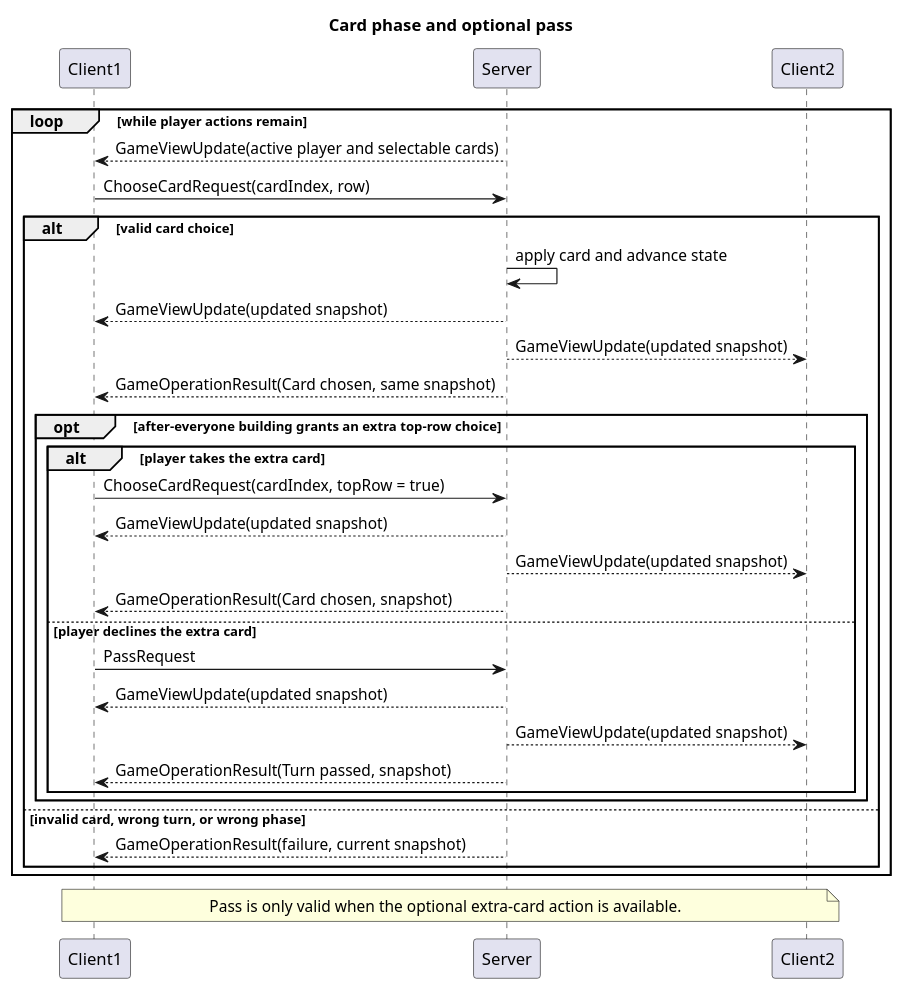
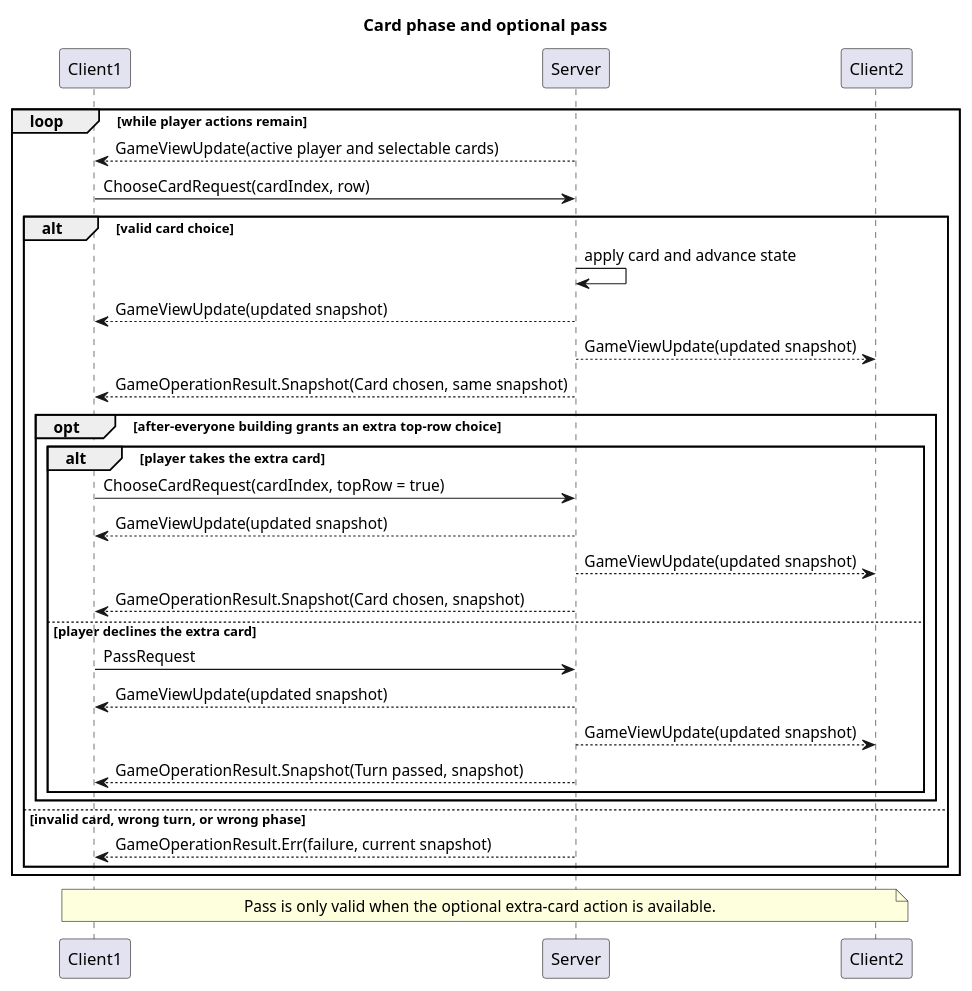
The diagram in UML_Diagram/SequenceDiagrams/06-card-phase-and-pass.puml (matteoroda05/Mesos), drawn with PlantUML before and after one commit. The commit also changed 9 other files, not shown here.

Commit message:
docs(sequence diagrams): update sequence diagrams to reflect new GameOperationResult structure

```diff
--- a/UML_Diagram/SequenceDiagrams/06-card-phase-and-pass.puml
+++ b/UML_Diagram/SequenceDiagrams/06-card-phase-and-pass.puml
@@ -1,42 +1,42 @@
 @startuml
 
 title Card phase and optional pass
 
 participant Client1
 participant Server
 participant Client2
 
 loop while player actions remain
 Server-->Client1: GameViewUpdate(active player and selectable cards)
 Client1->Server: ChooseCardRequest(cardIndex, row)
 
 alt valid card choice
 Server->Server: apply card and advance state
 Server-->Client1: GameViewUpdate(updated snapshot)
 Server-->Client2: GameViewUpdate(updated snapshot)
-Server-->Client1: GameOperationResult(Card chosen, same snapshot)
+Server-->Client1: GameOperationResult.Snapshot(Card chosen, same snapshot)
 
 opt after-everyone building grants an extra top-row choice
 alt player takes the extra card
 Client1->Server: ChooseCardRequest(cardIndex, topRow = true)
 Server-->Client1: GameViewUpdate(updated snapshot)
 Server-->Client2: GameViewUpdate(updated snapshot)
-Server-->Client1: GameOperationResult(Card chosen, snapshot)
+Server-->Client1: GameOperationResult.Snapshot(Card chosen, snapshot)
 else player declines the extra card
 Client1->Server: PassRequest
 Server-->Client1: GameViewUpdate(updated snapshot)
 Server-->Client2: GameViewUpdate(updated snapshot)
-Server-->Client1: GameOperationResult(Turn passed, snapshot)
+Server-->Client1: GameOperationResult.Snapshot(Turn passed, snapshot)
 end
 end
 
 else invalid card, wrong turn, or wrong phase
-Server-->Client1: GameOperationResult(failure, current snapshot)
+Server-->Client1: GameOperationResult.Err(failure, current snapshot)
 end
 end
 
 note over Client1, Client2
 Pass is only valid when the optional extra-card action is available.
 end note
 
 @enduml
```
